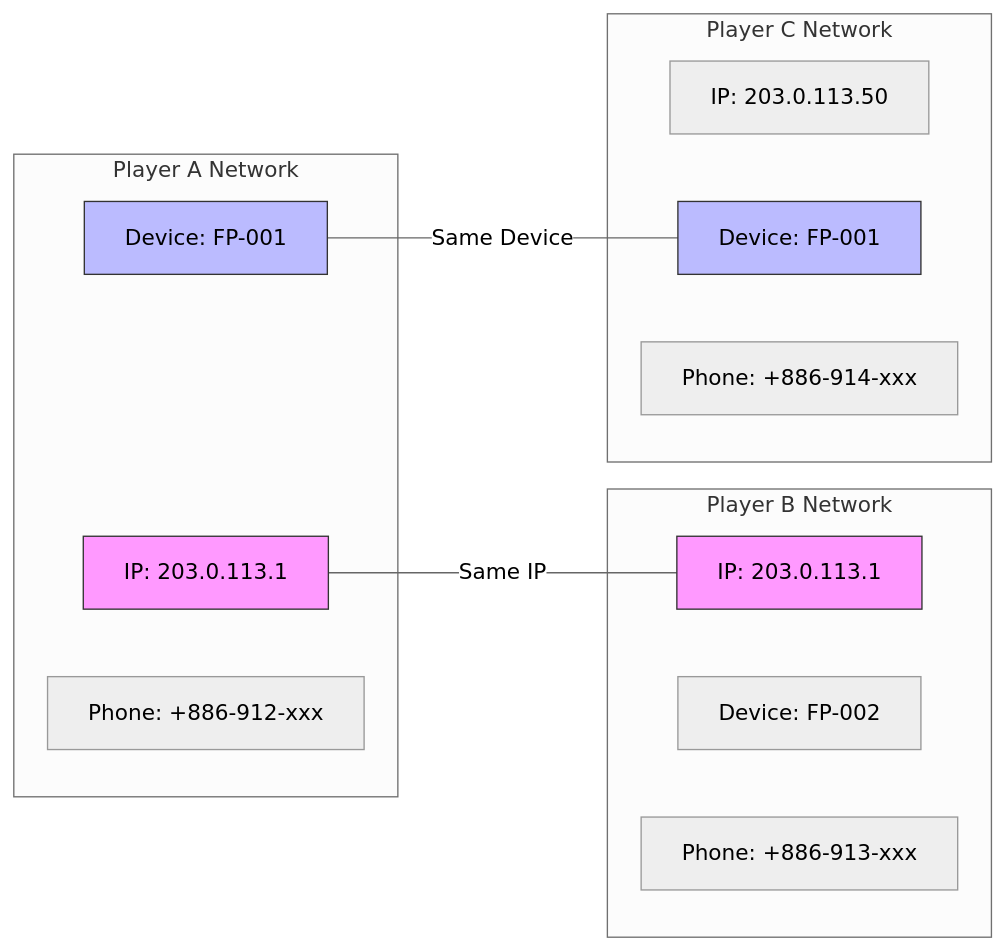
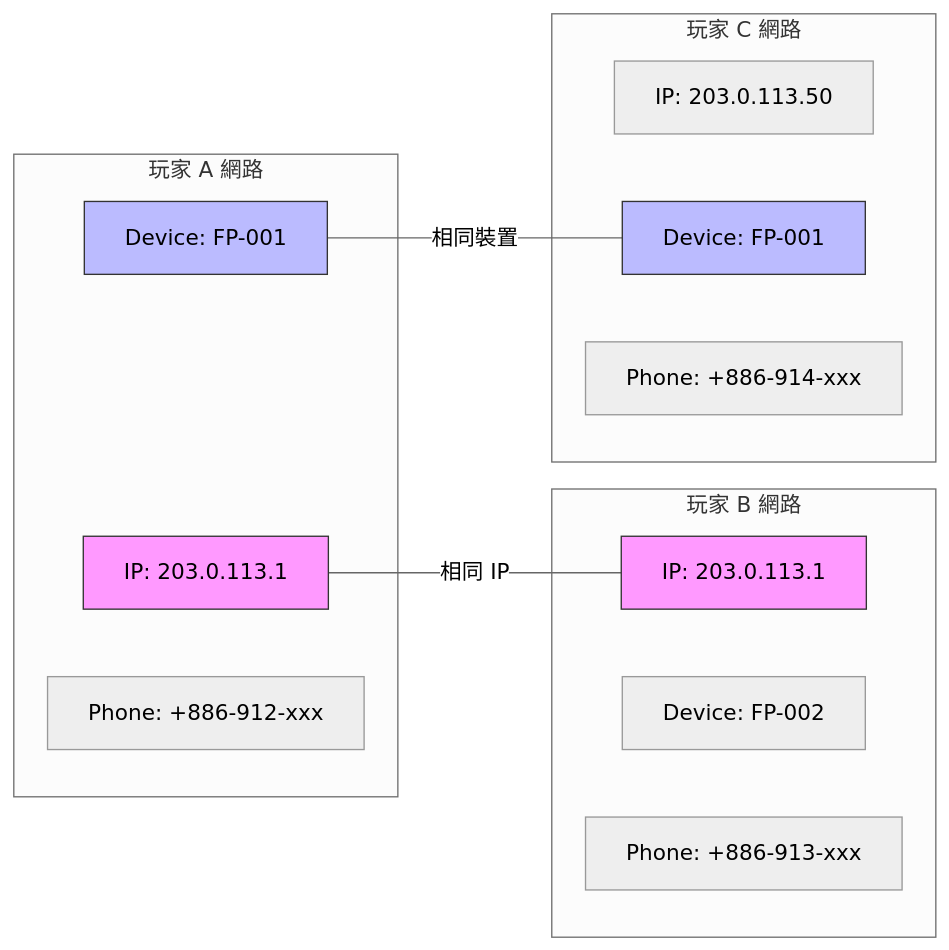
The fifth of 5 diagrams in docs/iGaming/architecture/05_Risk_Engine/Fraud_Detection_System.md (ron03wlb/smart-admin), drawn with Mermaid (neutral theme) before and after one commit. The commit also changed other lines of this file and 4 other files, not shown here.

````diff
--- a/docs/iGaming/architecture/05_Risk_Engine/Fraud_Detection_System.md
+++ b/docs/iGaming/architecture/05_Risk_Engine/Fraud_Detection_System.md
@@ -804,28 +804,28 @@
 ```mermaid
 graph LR
-    subgraph Player A Network
+    subgraph 玩家 A 網路
         A1[IP: 203.0.113.1]
         A2[Device: FP-001]
         A3[Phone: +886-912-xxx]
     end
 
-    subgraph Player B Network
+    subgraph 玩家 B 網路
         B1[IP: 203.0.113.1]
         B2[Device: FP-002]
         B3[Phone: +886-913-xxx]
     end
 
-    subgraph Player C Network
+    subgraph 玩家 C 網路
         C1[IP: 203.0.113.50]
         C2[Device: FP-001]
         C3[Phone: +886-914-xxx]
     end
 
-    A1 ---|Same IP| B1
-    A2 ---|Same Device| C2
+    A1 ---|相同 IP| B1
+    A2 ---|相同裝置| C2
 
     style A1 fill:#f9f,stroke:#333
     style B1 fill:#f9f,stroke:#333
     style A2 fill:#bbf,stroke:#333
     style C2 fill:#bbf,stroke:#333
 ```
````
